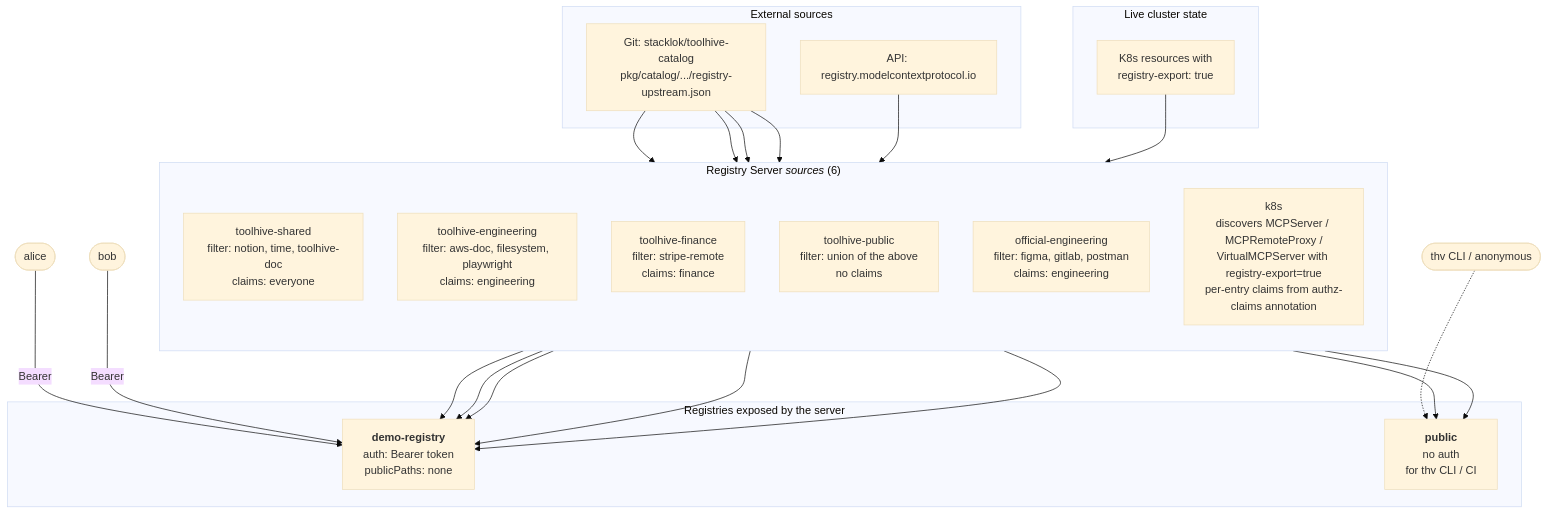
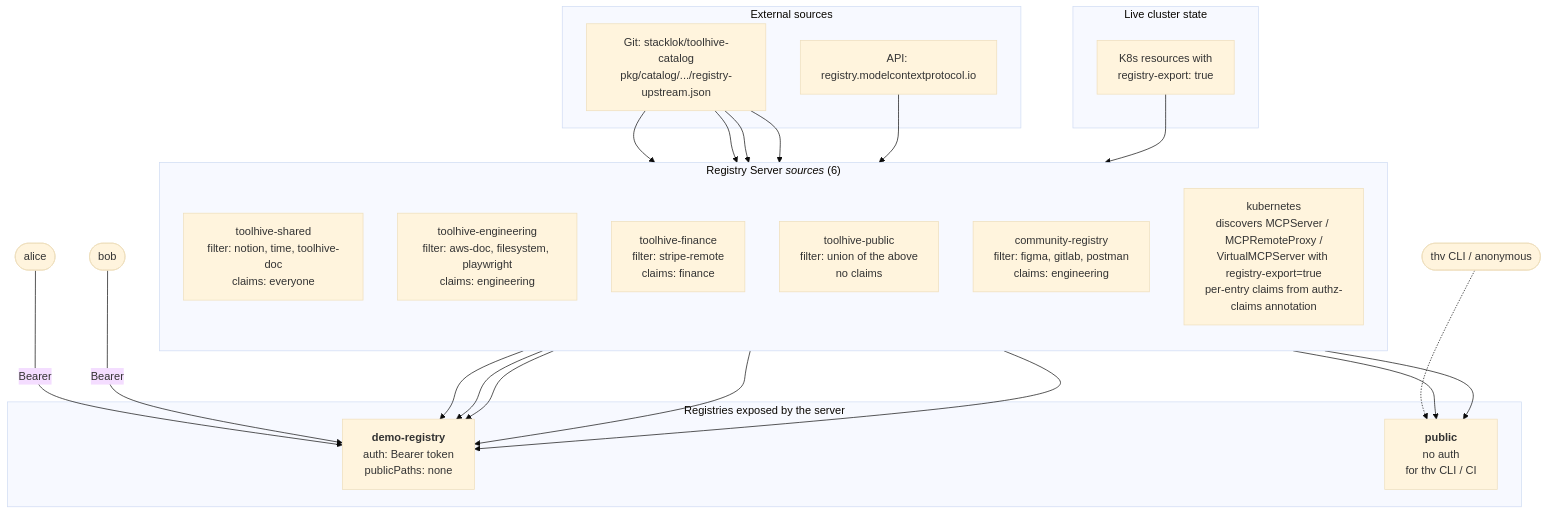
The third of 4 diagrams in ARCHITECTURE.md (StacklokLabs/toolhive-demo-sandbox), drawn with Mermaid (base theme) before and after one commit. The commit also changed other lines of this file and 4 other files, not shown here.

````diff
--- a/ARCHITECTURE.md
+++ b/ARCHITECTURE.md
@@ -125,45 +125,45 @@
 ```mermaid
 graph TB
   subgraph external[External sources]
     gitCat[Git: stacklok/toolhive-catalog<br/>pkg/catalog/.../registry-upstream.json]
     mcpApi[API: registry.modelcontextprotocol.io]
   end
 
   subgraph inCluster[Live cluster state]
     k8sRes[K8s resources with<br/>registry-export: true]
   end
 
   subgraph sources["Registry Server <i>sources</i> (6)"]
     direction TB
     s1["toolhive-shared<br/>filter: notion, time, toolhive-doc<br/>claims: everyone"]
     s2["toolhive-engineering<br/>filter: aws-doc, filesystem, playwright<br/>claims: engineering"]
     s3["toolhive-finance<br/>filter: stripe-remote<br/>claims: finance"]
     s4["toolhive-public<br/>filter: union of the above<br/>no claims"]
-    s5["official-engineering<br/>filter: figma, gitlab, postman<br/>claims: engineering"]
-    s6["k8s<br/>discovers MCPServer / MCPRemoteProxy /<br/>VirtualMCPServer with registry-export=true<br/>per-entry claims from authz-claims annotation"]
+    s5["community-registry<br/>filter: figma, gitlab, postman<br/>claims: engineering"]
+    s6["kubernetes<br/>discovers MCPServer / MCPRemoteProxy /<br/>VirtualMCPServer with registry-export=true<br/>per-entry claims from authz-claims annotation"]
   end
 
   subgraph registries["Registries exposed by the server"]
     demoReg["<b>demo-registry</b><br/>auth: Bearer token<br/>publicPaths: none"]
     pubReg["<b>public</b><br/>no auth<br/>for thv CLI / CI"]
   end
 
   gitCat --> s1
   gitCat --> s2
   gitCat --> s3
   gitCat --> s4
   mcpApi --> s5
   k8sRes --> s6
 
   s1 --> demoReg
   s2 --> demoReg
   s3 --> demoReg
   s5 --> demoReg
   s6 --> demoReg
   s6 --> pubReg
   s4 --> pubReg
 
   alice([alice]) -->|Bearer| demoReg
   bob([bob]) -->|Bearer| demoReg
   cli([thv CLI / anonymous]) -.-> pubReg
 ```
````
